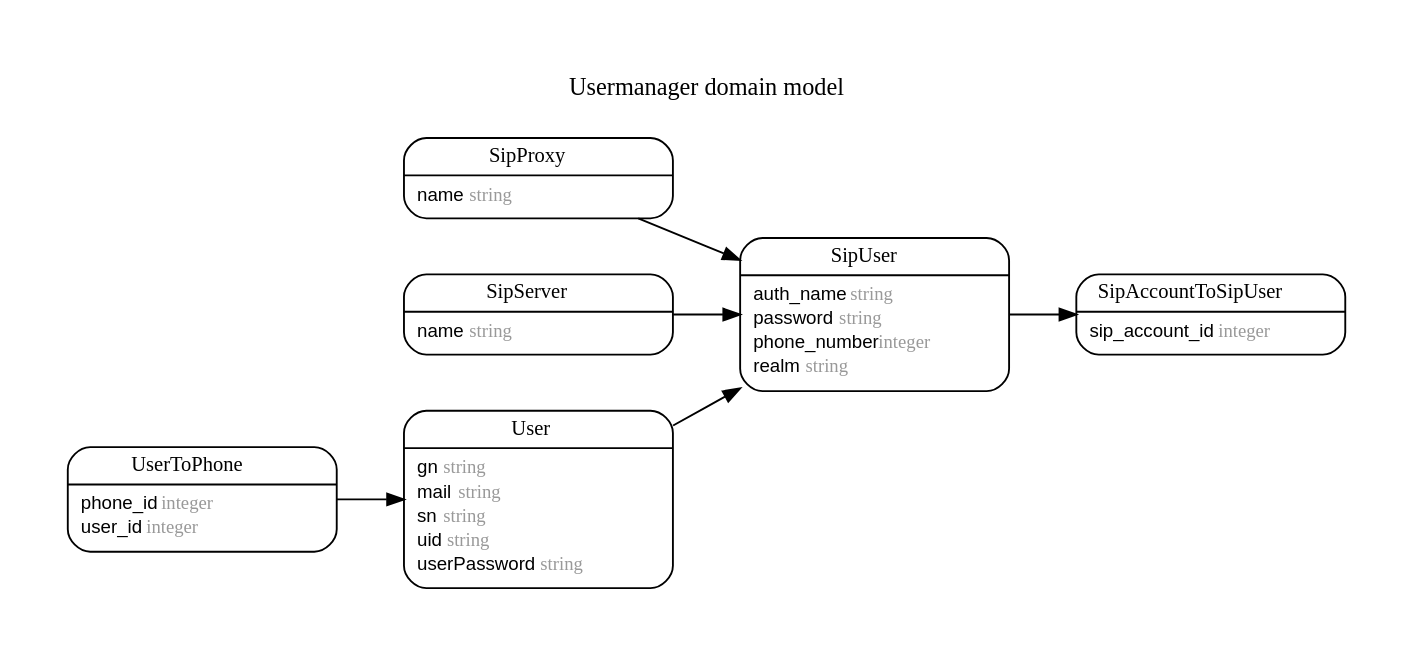
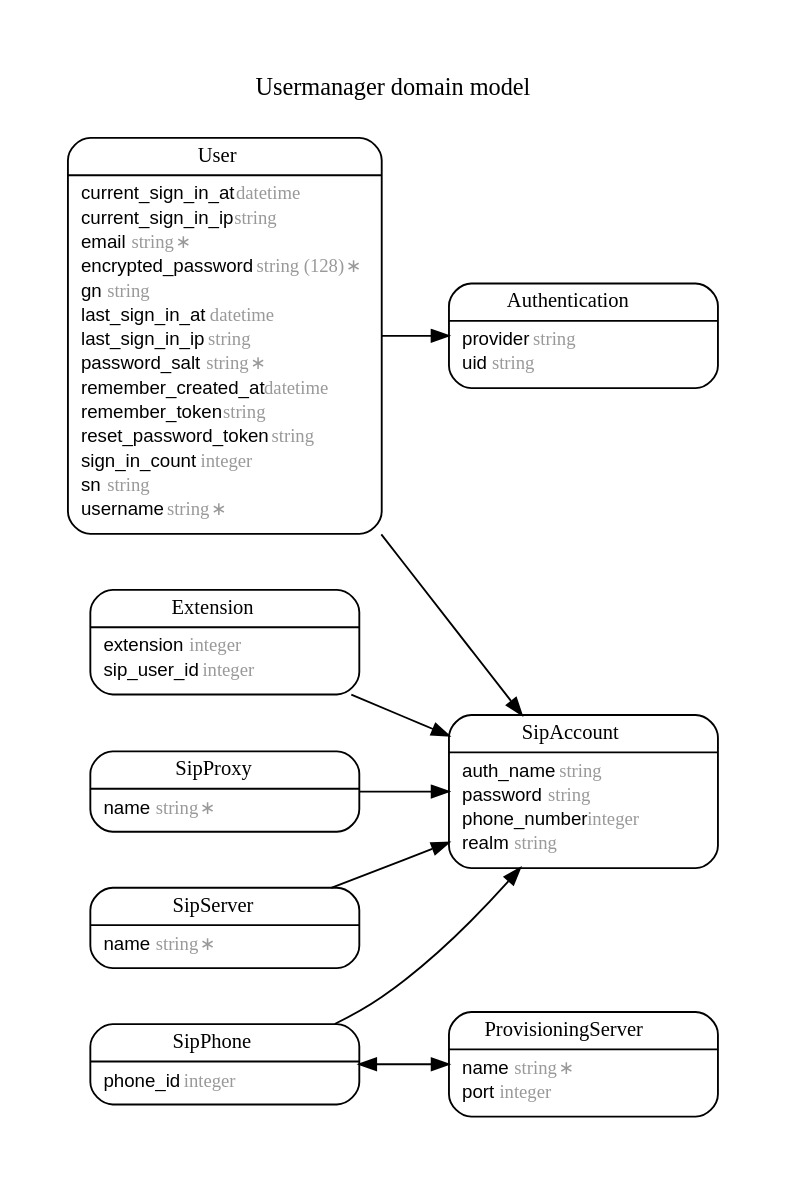
One commit to amooma/GS4 changed the diagram in ERD.dot. Above: the diagram before and after it, drawn with Graphviz.

Commit message:
./script/erd

```diff
--- a/ERD.dot
+++ b/ERD.dot
@@ -1,67 +1,97 @@
 digraph Usermanager {
   rankdir = "LR"; ranksep = "0.5"; nodesep = "0.4"; pad = "0.4,0.4"; margin = "0,0"; concentrate = "true"; labelloc = "t"; fontsize = "13"; fontname = "Arial Bold";
   node [shape = "Mrecord", fontsize = "10", fontname = "Arial", margin = "0.07,0.05", penwidth = "1.0"];
   edge [fontname = "Arial", fontsize = "7", dir = "both", arrowsize = "0.9", penwidth = "1.0", labelangle = "32", labeldistance = "1.8"];
   label = "Usermanager domain model\n\n";
-  SipAccountToSipUser [label = <<table border="0" align="center" cellspacing="0.5" cellpadding="0" width="134">
-  <tr><td align="center" valign="bottom" width="130"><font face="Arial Bold" point-size="11">SipAccountToSipUser</font></td></tr>
+  Authentication [label = <<table border="0" align="center" cellspacing="0.5" cellpadding="0" width="134">
+  <tr><td align="center" valign="bottom" width="130"><font face="Arial Bold" point-size="11">Authentication</font></td></tr>
 </table>
 |
 <table border="0" align="left" cellspacing="2" cellpadding="0" width="134">
-  <tr><td align="left" width="130" port="sip_account_id">sip_account_id <font face="Arial Italic" color="grey60">integer</font></td></tr>
+  <tr><td align="left" width="130" port="provider">provider <font face="Arial Italic" color="grey60">string</font></td></tr>
+  <tr><td align="left" width="130" port="uid">uid <font face="Arial Italic" color="grey60">string</font></td></tr>
 </table>
 >];
-  SipProxy [label = <<table border="0" align="center" cellspacing="0.5" cellpadding="0" width="134">
-  <tr><td align="center" valign="bottom" width="130"><font face="Arial Bold" point-size="11">SipProxy</font></td></tr>
+  Extension [label = <<table border="0" align="center" cellspacing="0.5" cellpadding="0" width="134">
+  <tr><td align="center" valign="bottom" width="130"><font face="Arial Bold" point-size="11">Extension</font></td></tr>
 </table>
 |
 <table border="0" align="left" cellspacing="2" cellpadding="0" width="134">
-  <tr><td align="left" width="130" port="name">name <font face="Arial Italic" color="grey60">string</font></td></tr>
+  <tr><td align="left" width="130" port="extension">extension <font face="Arial Italic" color="grey60">integer</font></td></tr>
+  <tr><td align="left" width="130" port="sip_user_id">sip_user_id <font face="Arial Italic" color="grey60">integer</font></td></tr>
 </table>
 >];
-  SipServer [label = <<table border="0" align="center" cellspacing="0.5" cellpadding="0" width="134">
-  <tr><td align="center" valign="bottom" width="130"><font face="Arial Bold" point-size="11">SipServer</font></td></tr>
+  ProvisioningServer [label = <<table border="0" align="center" cellspacing="0.5" cellpadding="0" width="134">
+  <tr><td align="center" valign="bottom" width="130"><font face="Arial Bold" point-size="11">ProvisioningServer</font></td></tr>
 </table>
 |
 <table border="0" align="left" cellspacing="2" cellpadding="0" width="134">
-  <tr><td align="left" width="130" port="name">name <font face="Arial Italic" color="grey60">string</font></td></tr>
+  <tr><td align="left" width="130" port="name">name <font face="Arial Italic" color="grey60">string ∗</font></td></tr>
+  <tr><td align="left" width="130" port="port">port <font face="Arial Italic" color="grey60">integer</font></td></tr>
 </table>
 >];
-  SipUser [label = <<table border="0" align="center" cellspacing="0.5" cellpadding="0" width="134">
-  <tr><td align="center" valign="bottom" width="130"><font face="Arial Bold" point-size="11">SipUser</font></td></tr>
+  SipAccount [label = <<table border="0" align="center" cellspacing="0.5" cellpadding="0" width="134">
+  <tr><td align="center" valign="bottom" width="130"><font face="Arial Bold" point-size="11">SipAccount</font></td></tr>
 </table>
 |
 <table border="0" align="left" cellspacing="2" cellpadding="0" width="134">
   <tr><td align="left" width="130" port="auth_name">auth_name <font face="Arial Italic" color="grey60">string</font></td></tr>
   <tr><td align="left" width="130" port="password">password <font face="Arial Italic" color="grey60">string</font></td></tr>
   <tr><td align="left" width="130" port="phone_number">phone_number <font face="Arial Italic" color="grey60">integer</font></td></tr>
   <tr><td align="left" width="130" port="realm">realm <font face="Arial Italic" color="grey60">string</font></td></tr>
 </table>
 >];
+  SipPhone [label = <<table border="0" align="center" cellspacing="0.5" cellpadding="0" width="134">
+  <tr><td align="center" valign="bottom" width="130"><font face="Arial Bold" point-size="11">SipPhone</font></td></tr>
+</table>
+|
+<table border="0" align="left" cellspacing="2" cellpadding="0" width="134">
+  <tr><td align="left" width="130" port="phone_id">phone_id <font face="Arial Italic" color="grey60">integer</font></td></tr>
+</table>
+>];
+  SipProxy [label = <<table border="0" align="center" cellspacing="0.5" cellpadding="0" width="134">
+  <tr><td align="center" valign="bottom" width="130"><font face="Arial Bold" point-size="11">SipProxy</font></td></tr>
+</table>
+|
+<table border="0" align="left" cellspacing="2" cellpadding="0" width="134">
+  <tr><td align="left" width="130" port="name">name <font face="Arial Italic" color="grey60">string ∗</font></td></tr>
+</table>
+>];
+  SipServer [label = <<table border="0" align="center" cellspacing="0.5" cellpadding="0" width="134">
+  <tr><td align="center" valign="bottom" width="130"><font face="Arial Bold" point-size="11">SipServer</font></td></tr>
+</table>
+|
+<table border="0" align="left" cellspacing="2" cellpadding="0" width="134">
+  <tr><td align="left" width="130" port="name">name <font face="Arial Italic" color="grey60">string ∗</font></td></tr>
+</table>
+>];
   User [label = <<table border="0" align="center" cellspacing="0.5" cellpadding="0" width="134">
   <tr><td align="center" valign="bottom" width="130"><font face="Arial Bold" point-size="11">User</font></td></tr>
 </table>
 |
 <table border="0" align="left" cellspacing="2" cellpadding="0" width="134">
+  <tr><td align="left" width="130" port="current_sign_in_at">current_sign_in_at <font face="Arial Italic" color="grey60">datetime</font></td></tr>
+  <tr><td align="left" width="130" port="current_sign_in_ip">current_sign_in_ip <font face="Arial Italic" color="grey60">string</font></td></tr>
+  <tr><td align="left" width="130" port="email">email <font face="Arial Italic" color="grey60">string ∗</font></td></tr>
+  <tr><td align="left" width="130" port="encrypted_password">encrypted_password <font face="Arial Italic" color="grey60">string (128) ∗</font></td></tr>
   <tr><td align="left" width="130" port="gn">gn <font face="Arial Italic" color="grey60">string</font></td></tr>
-  <tr><td align="left" width="130" port="mail">mail <font face="Arial Italic" color="grey60">string</font></td></tr>
+  <tr><td align="left" width="130" port="last_sign_in_at">last_sign_in_at <font face="Arial Italic" color="grey60">datetime</font></td></tr>
+  <tr><td align="left" width="130" port="last_sign_in_ip">last_sign_in_ip <font face="Arial Italic" color="grey60">string</font></td></tr>
+  <tr><td align="left" width="130" port="password_salt">password_salt <font face="Arial Italic" color="grey60">string ∗</font></td></tr>
+  <tr><td align="left" width="130" port="remember_created_at">remember_created_at <font face="Arial Italic" color="grey60">datetime</font></td></tr>
+  <tr><td align="left" width="130" port="remember_token">remember_token <font face="Arial Italic" color="grey60">string</font></td></tr>
+  <tr><td align="left" width="130" port="reset_password_token">reset_password_token <font face="Arial Italic" color="grey60">string</font></td></tr>
+  <tr><td align="left" width="130" port="sign_in_count">sign_in_count <font face="Arial Italic" color="grey60">integer</font></td></tr>
   <tr><td align="left" width="130" port="sn">sn <font face="Arial Italic" color="grey60">string</font></td></tr>
-  <tr><td align="left" width="130" port="uid">uid <font face="Arial Italic" color="grey60">string</font></td></tr>
-  <tr><td align="left" width="130" port="userPassword">userPassword <font face="Arial Italic" color="grey60">string</font></td></tr>
+  <tr><td align="left" width="130" port="username">username <font face="Arial Italic" color="grey60">string ∗</font></td></tr>
 </table>
 >];
-  UserToPhone [label = <<table border="0" align="center" cellspacing="0.5" cellpadding="0" width="134">
-  <tr><td align="center" valign="bottom" width="130"><font face="Arial Bold" point-size="11">UserToPhone</font></td></tr>
-</table>
-|
-<table border="0" align="left" cellspacing="2" cellpadding="0" width="134">
-  <tr><td align="left" width="130" port="phone_id">phone_id <font face="Arial Italic" color="grey60">integer</font></td></tr>
-  <tr><td align="left" width="130" port="user_id">user_id <font face="Arial Italic" color="grey60">integer</font></td></tr>
-</table>
->];
-  SipServer -> SipUser [arrowhead = "normal", arrowtail = "none", weight = "2"]
-  SipProxy -> SipUser [arrowhead = "normal", arrowtail = "none", weight = "1"]
-  SipUser -> SipAccountToSipUser [arrowhead = "normal", arrowtail = "none", weight = "1"]
-  User -> SipUser [arrowhead = "normal", arrowtail = "none", weight = "1"]
-  UserToPhone -> User [arrowhead = "normal", arrowtail = "none", weight = "1"]
+  User -> Authentication [arrowhead = "normal", arrowtail = "none", weight = "2"]
+  User -> SipAccount [arrowhead = "normal", arrowtail = "none", weight = "2"]
+  Extension -> SipAccount [arrowhead = "normal", arrowtail = "none", weight = "2"]
+  ProvisioningServer -> SipPhone [arrowhead = "normal", arrowtail = "none", weight = "1"]
+  SipServer -> SipAccount [arrowhead = "normal", arrowtail = "none", weight = "2"]
+  SipProxy -> SipAccount [arrowhead = "normal", arrowtail = "none", weight = "2"]
+  SipPhone -> SipAccount [arrowhead = "normal", arrowtail = "none", weight = "2"]
+  SipPhone -> ProvisioningServer [arrowhead = "normal", arrowtail = "none", weight = "1"]
 }
```
